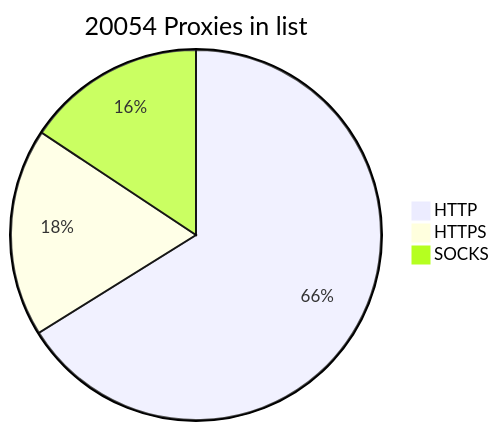
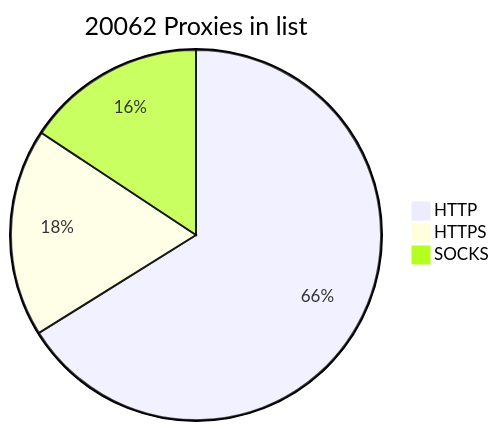
Before and after one commit to BlackSnowDot/proxylist-update-every-minute: the diagram in README.md, drawn with Mermaid.

````diff
--- a/README.md
+++ b/README.md
@@ -2,6 +2,6 @@
 ```mermaid
-pie title 20054 Proxies in list
-    "HTTP" : 14753
-    "HTTPS": 4056
-    "SOCKS" : 3497
+pie title 20062 Proxies in list
+    "HTTP" : 14751
+    "HTTPS": 4055
+    "SOCKS" : 3503
 ```
````
